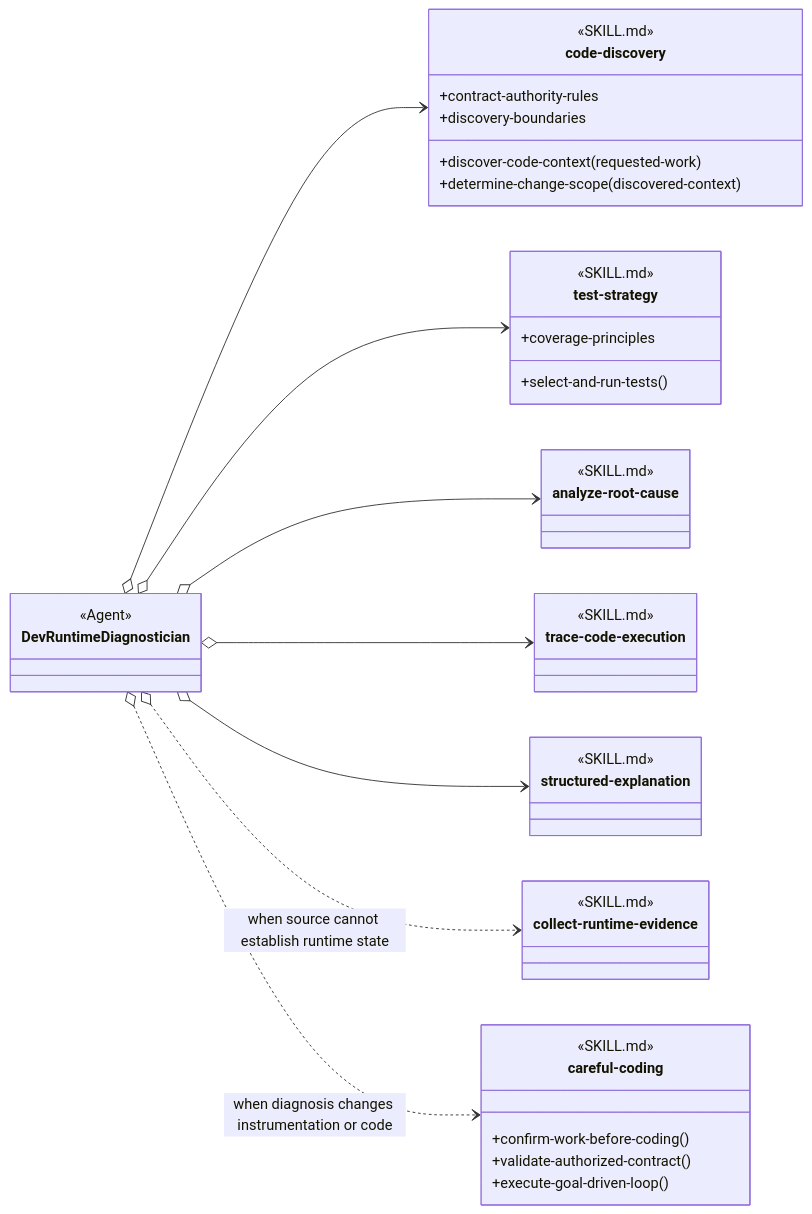
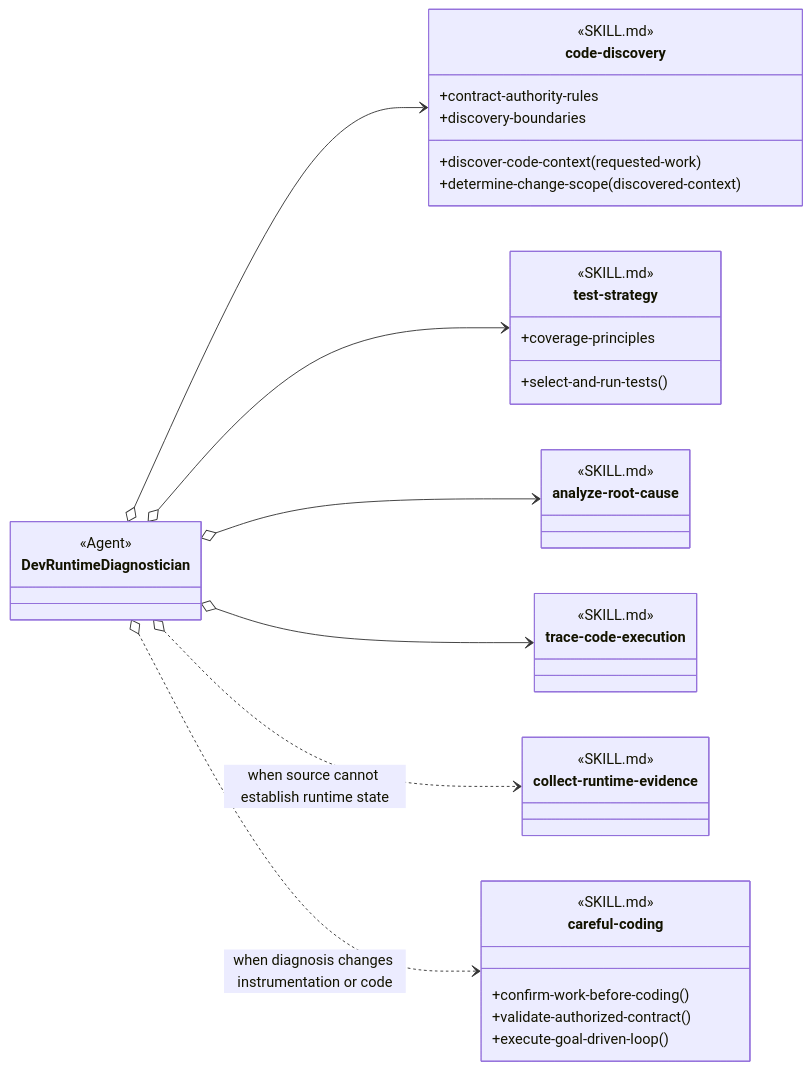
Before and after one commit to martinbechard/dev-methodology: the fourth of 6 diagrams in design/agents/review-and-verification.md, drawn with Mermaid. The commit also changed other lines of this file and 78 other files, not shown here.

````diff
--- a/design/agents/review-and-verification.md
+++ b/design/agents/review-and-verification.md
@@ -158,53 +155,48 @@
 ```mermaid
 classDiagram
     direction LR
 
     class DevRuntimeDiagnostician {
         <<Agent>>
     }
     class code-discovery {
         <<SKILL.md>>
         <<Cross-group>>
         +discover-code-context(requested-work)
         +determine-change-scope(discovered-context)
         +contract-authority-rules
         +discovery-boundaries
     }
     class test-strategy {
         <<SKILL.md>>
         <<Agent Skill>>
         +select-and-run-tests()
         +coverage-principles
     }
     class analyze-root-cause {
         <<SKILL.md>>
         <<Agent Skill>>
     }
     class trace-code-execution {
         <<SKILL.md>>
         <<Agent Skill>>
     }
-    class structured-explanation {
-        <<SKILL.md>>
-        <<Cross-group>>
-    }
     class collect-runtime-evidence {
         <<SKILL.md>>
         <<Agent Skill>>
     }
     class careful-coding {
         <<SKILL.md>>
         <<Cross-group>>
         +confirm-work-before-coding()
         +validate-authorized-contract()
         +execute-goal-driven-loop()
     }
 
     DevRuntimeDiagnostician o--> code-discovery
     DevRuntimeDiagnostician o--> test-strategy
     DevRuntimeDiagnostician o--> analyze-root-cause
     DevRuntimeDiagnostician o--> trace-code-execution
-    DevRuntimeDiagnostician o--> structured-explanation
     DevRuntimeDiagnostician o..> collect-runtime-evidence : when source cannot establish runtime state
     DevRuntimeDiagnostician o..> careful-coding : when diagnosis changes instrumentation or code
 ```
````
